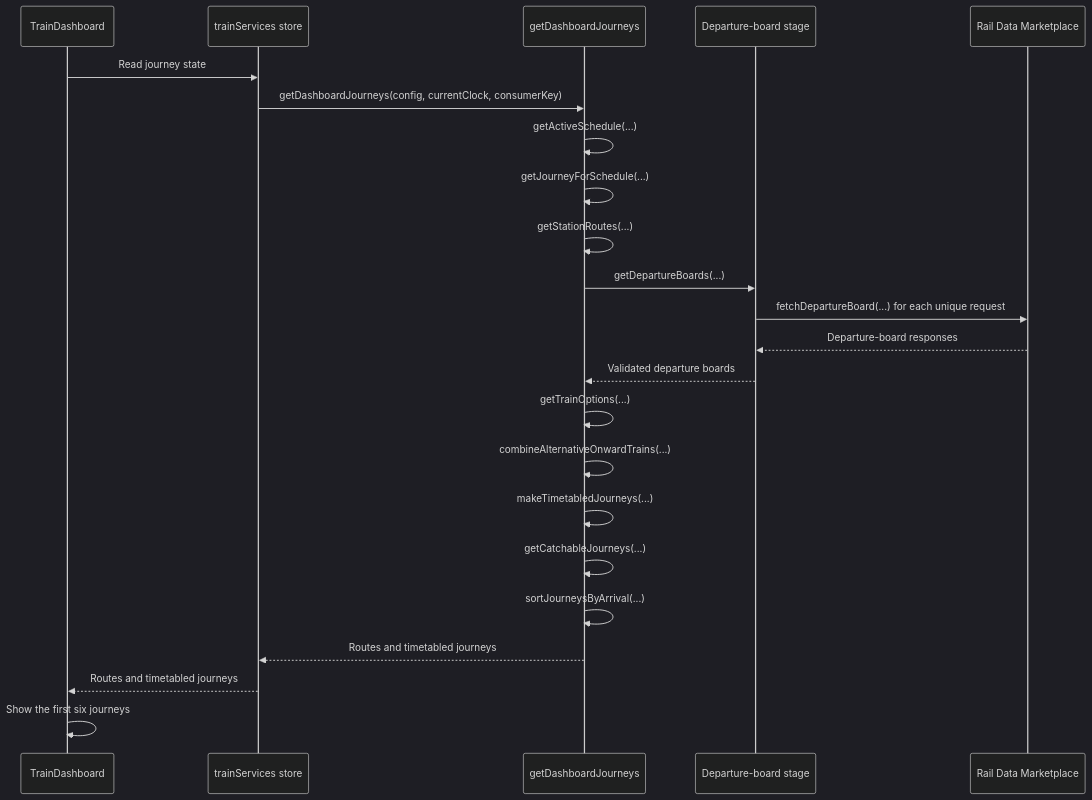
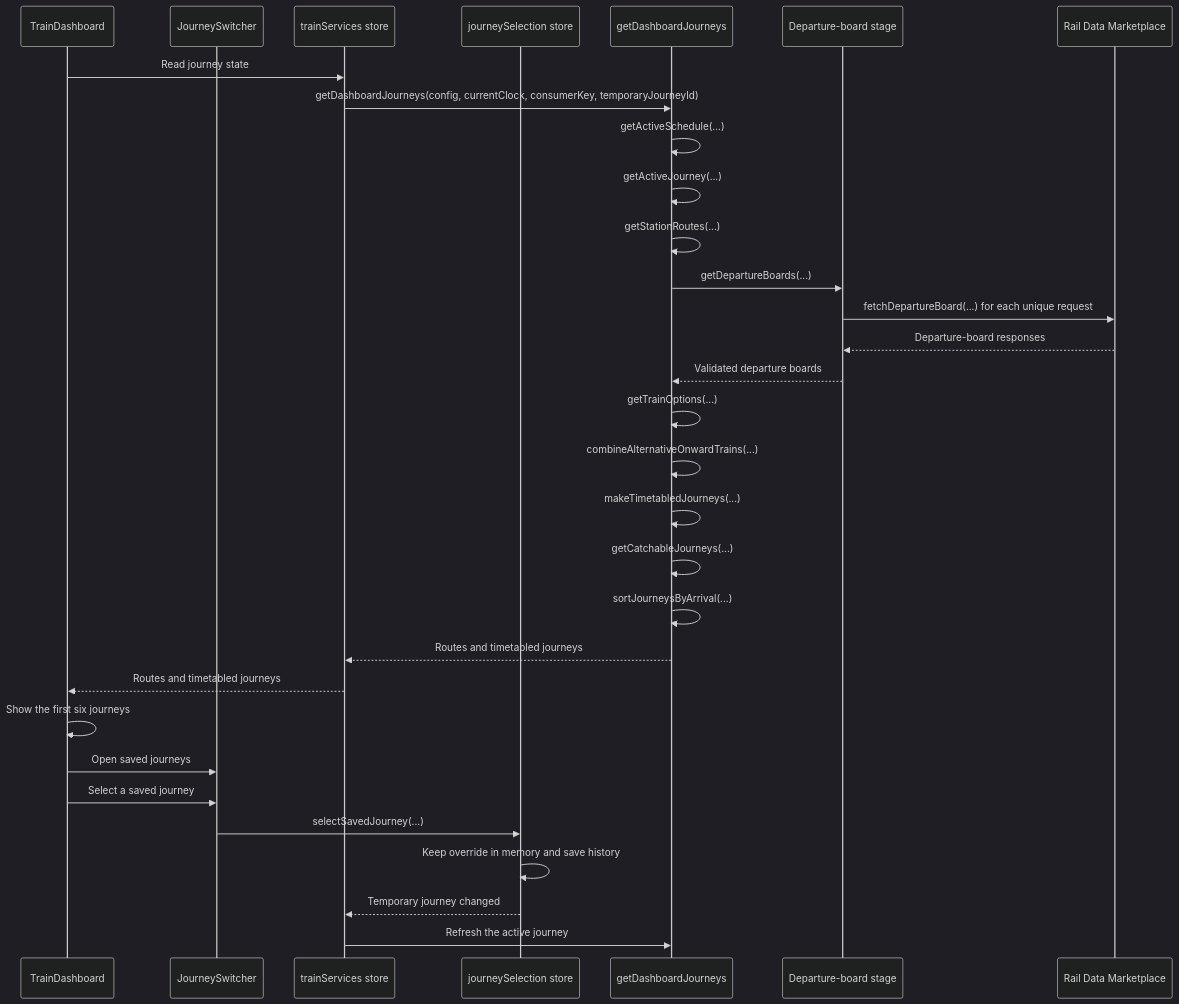
One commit to nd9600/trainDashboard changed the first of 2 diagrams in docs/journey-planning.md. Above: the diagram before and after it, drawn with Mermaid (dark theme). The commit also changed other lines of this file and 14 other files, not shown here.

Commit message:
working on journey switcher

````diff
--- a/docs/journey-planning.md
+++ b/docs/journey-planning.md
@@ -31,26 +35,35 @@
 ```mermaid
 sequenceDiagram
     participant UI as TrainDashboard
+    participant Switcher as JourneySwitcher
     participant Store as trainServices store
+    participant Selection as journeySelection store
     participant Pipeline as getDashboardJourneys
     participant Boards as Departure-board stage
     participant API as Rail Data Marketplace
 
     UI->>Store: Read journey state
-    Store->>Pipeline: getDashboardJourneys(config, currentClock, consumerKey)
+    Store->>Pipeline: getDashboardJourneys(config, currentClock, consumerKey, temporaryJourneyId)
     Pipeline->>Pipeline: getActiveSchedule(...)
-    Pipeline->>Pipeline: getJourneyForSchedule(...)
+    Pipeline->>Pipeline: getActiveJourney(...)
     Pipeline->>Pipeline: getStationRoutes(...)
     Pipeline->>Boards: getDepartureBoards(...)
     Boards->>API: fetchDepartureBoard(...) for each unique request
     API-->>Boards: Departure-board responses
     Boards-->>Pipeline: Validated departure boards
     Pipeline->>Pipeline: getTrainOptions(...)
     Pipeline->>Pipeline: combineAlternativeOnwardTrains(...)
     Pipeline->>Pipeline: makeTimetabledJourneys(...)
     Pipeline->>Pipeline: getCatchableJourneys(...)
     Pipeline->>Pipeline: sortJourneysByArrival(...)
     Pipeline-->>Store: Routes and timetabled journeys
     Store-->>UI: Routes and timetabled journeys
     UI->>UI: Show the first six journeys
+
+    UI->>Switcher: Open saved journeys
+    UI->>Switcher: Select a saved journey
+    Switcher->>Selection: selectSavedJourney(...)
+    Selection->>Selection: Keep override in memory and save history
+    Selection-->>Store: Temporary journey changed
+    Store->>Pipeline: Refresh the active journey
 ```
````
